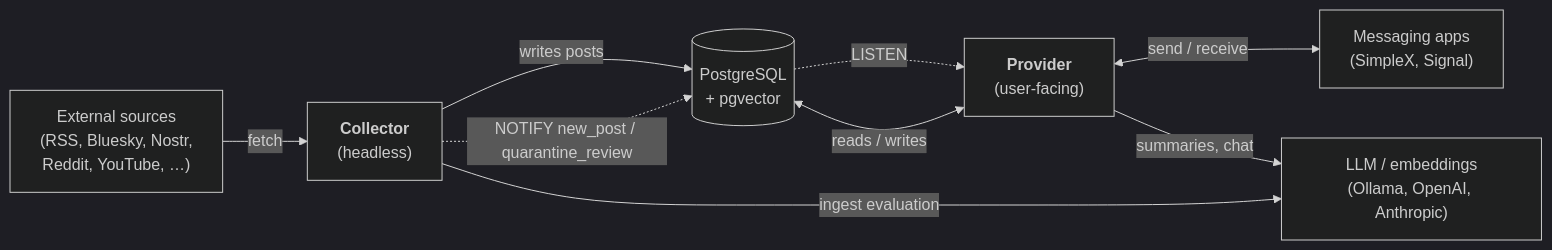
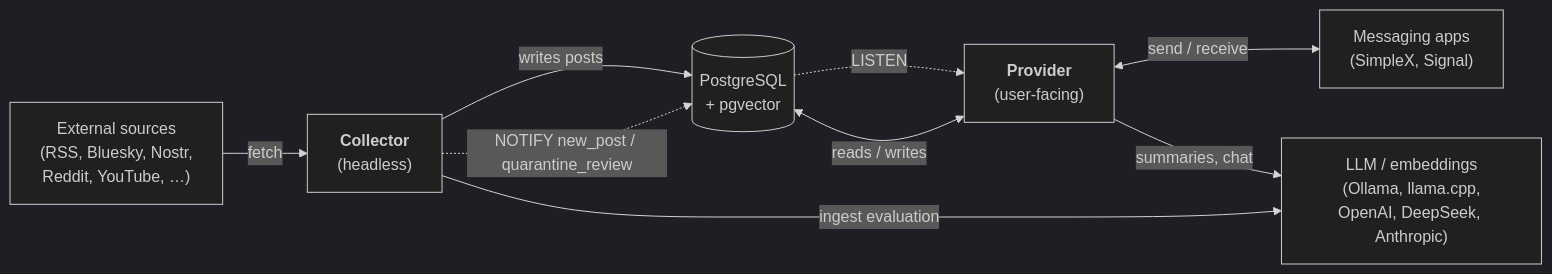
The first of 5 diagrams in OVERVIEW.md (zcat-app/infochat), drawn with Mermaid (dark theme) before and after one commit. The commit also changed other lines of this file and 5 other files, not shown here.

````diff
--- a/OVERVIEW.md
+++ b/OVERVIEW.md
@@ -33,18 +34,18 @@
 ```mermaid
 flowchart LR
     ext["External sources<br/>(RSS, Bluesky, Nostr,<br/>Reddit, YouTube, …)"]
     collector["<b>Collector</b><br/>(headless)"]
     db[("PostgreSQL<br/>+ pgvector")]
     provider["<b>Provider</b><br/>(user-facing)"]
     apps["Messaging apps<br/>(SimpleX, Signal)"]
-    llm["LLM / embeddings<br/>(Ollama, OpenAI, Anthropic)"]
+    llm["LLM / embeddings<br/>(Ollama, llama.cpp,<br/>OpenAI, DeepSeek, Anthropic)"]
 
     ext -->|fetch| collector
     collector -->|writes posts| db
     collector -.->|NOTIFY new_post / quarantine_review| db
     db -.->|LISTEN| provider
     provider <-->|reads / writes| db
     provider <-->|send / receive| apps
     collector -->|ingest evaluation| llm
     provider -->|summaries, chat| llm
 ```
````
